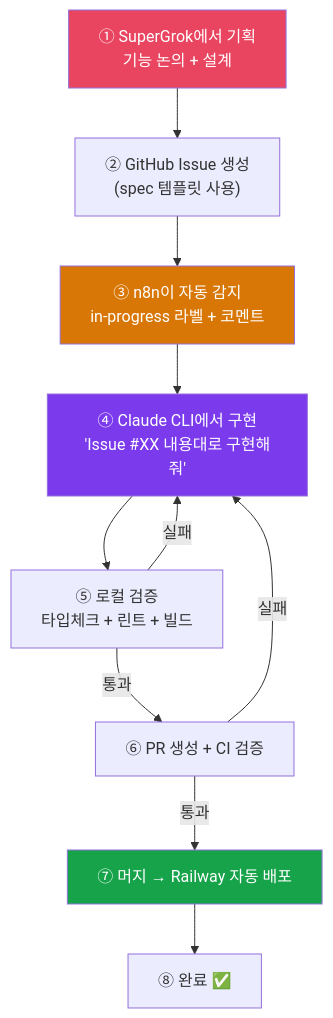
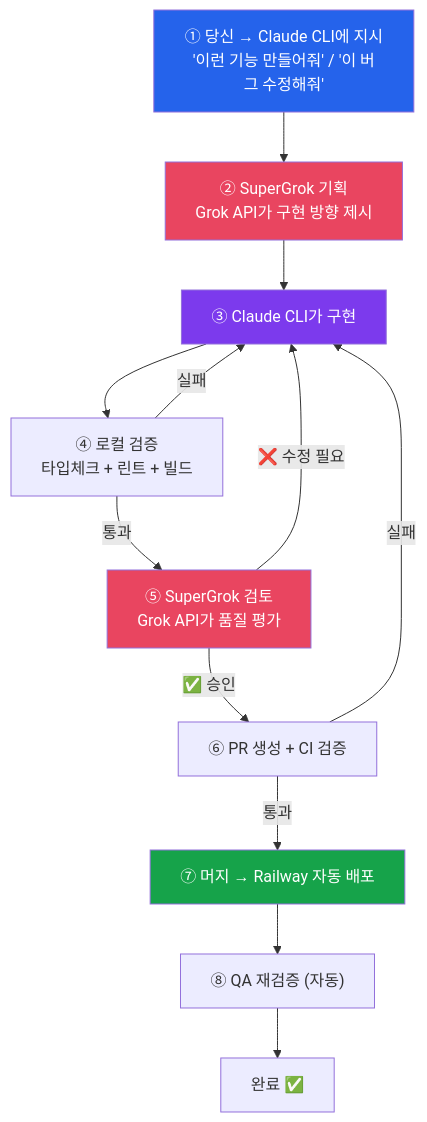
Before and after one commit to xzawed/ArcanaInsight: the third of 6 diagrams in docs/operation-guide.md, drawn with Mermaid. The commit also changed other lines of this file and 2 other files, not shown here.

Commit message:
feat: SuperGrok 기획/검토를 코드 변경 프로세스에 통합 (8단계) (#57)
## 프로세스 변경: 6단계 → 8단계
- 진입점: 사용자 → Claude CLI 직접 지시 (SuperGrok 경유 아님)
- 1단계 신규: SuperGrok 기획 (Grok API 호출 → 구현 방향 제시)
- 4단계 신규: SuperGrok 검토 (Grok API 호출 → 품질 평가 + 판정)
- Grok API 장애 시: Claude CLI 자체 판단으로 fallback

## 신규 파일
- scripts/grok-review.ts: SuperGrok 기획/검토 CLI 유틸리티
  - `npx tsx scripts/grok-review.ts plan "요청 내용"` — 기획
  - `npx tsx scripts/grok-review.ts review "변경 요약"` — 검토

## 문서 업데이트
- CLAUDE.md: 8단계 프로세스, 운영 체계 역할 분담 수정
- docs/operation-guide.md: 작업 흐름 다이어그램 수정

````diff
--- a/docs/operation-guide.md
+++ b/docs/operation-guide.md
@@ -69,18 +69,21 @@
 ```mermaid
 flowchart TD
-    기획["① SuperGrok에서 기획<br/>기능 논의 + 설계"]
-    기획 --> Issue["② GitHub Issue 생성<br/>(spec 템플릿 사용)"]
-    Issue --> 감지["③ n8n이 자동 감지<br/>in-progress 라벨 + 코멘트"]
-    감지 --> 구현["④ Claude CLI에서 구현<br/>'Issue #XX 내용대로 구현해줘'"]
-    구현 --> 검증["⑤ 로컬 검증<br/>타입체크 + 린트 + 빌드"]
+    지시["① 당신 → Claude CLI에 지시<br/>'이런 기능 만들어줘' / '이 버그 수정해줘'"]
+    지시 --> 기획["② SuperGrok 기획<br/>Grok API가 구현 방향 제시"]
+    기획 --> 구현["③ Claude CLI가 구현"]
+    구현 --> 검증["④ 로컬 검증<br/>타입체크 + 린트 + 빌드"]
     검증 -->|실패| 구현
-    검증 -->|통과| PR["⑥ PR 생성 + CI 검증"]
+    검증 -->|통과| 리뷰["⑤ SuperGrok 검토<br/>Grok API가 품질 평가"]
+    리뷰 -->|❌ 수정 필요| 구현
+    리뷰 -->|✅ 승인| PR["⑥ PR 생성 + CI 검증"]
     PR -->|실패| 구현
     PR -->|통과| 배포["⑦ 머지 → Railway 자동 배포"]
-    배포 --> 완료["⑧ 완료 ✅"]
+    배포 --> QA["⑧ QA 재검증 (자동)"]
+    QA --> 완료["완료 ✅"]
 
+    style 지시 fill:#2563eb,color:#fff
     style 기획 fill:#e94560,color:#fff
-    style 감지 fill:#d97706,color:#fff
     style 구현 fill:#7c3aed,color:#fff
+    style 리뷰 fill:#e94560,color:#fff
     style 배포 fill:#16a34a,color:#fff
 ```
````
